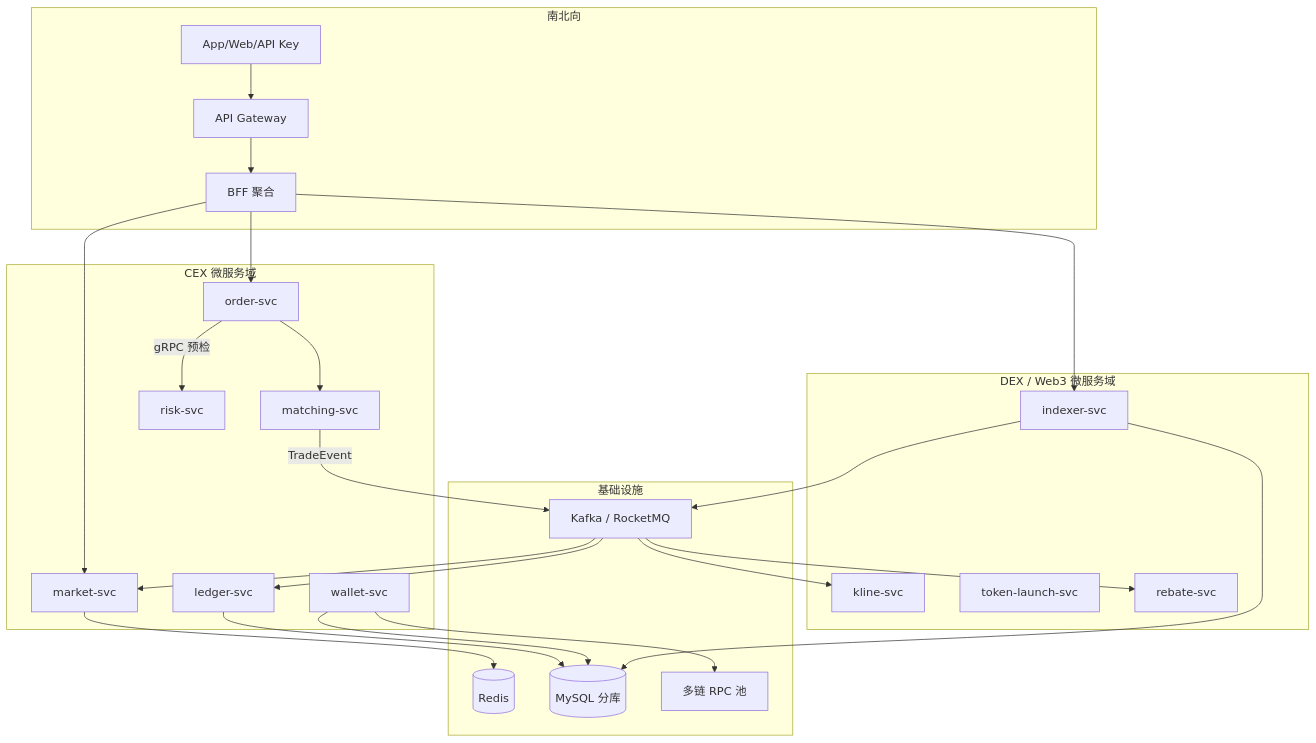
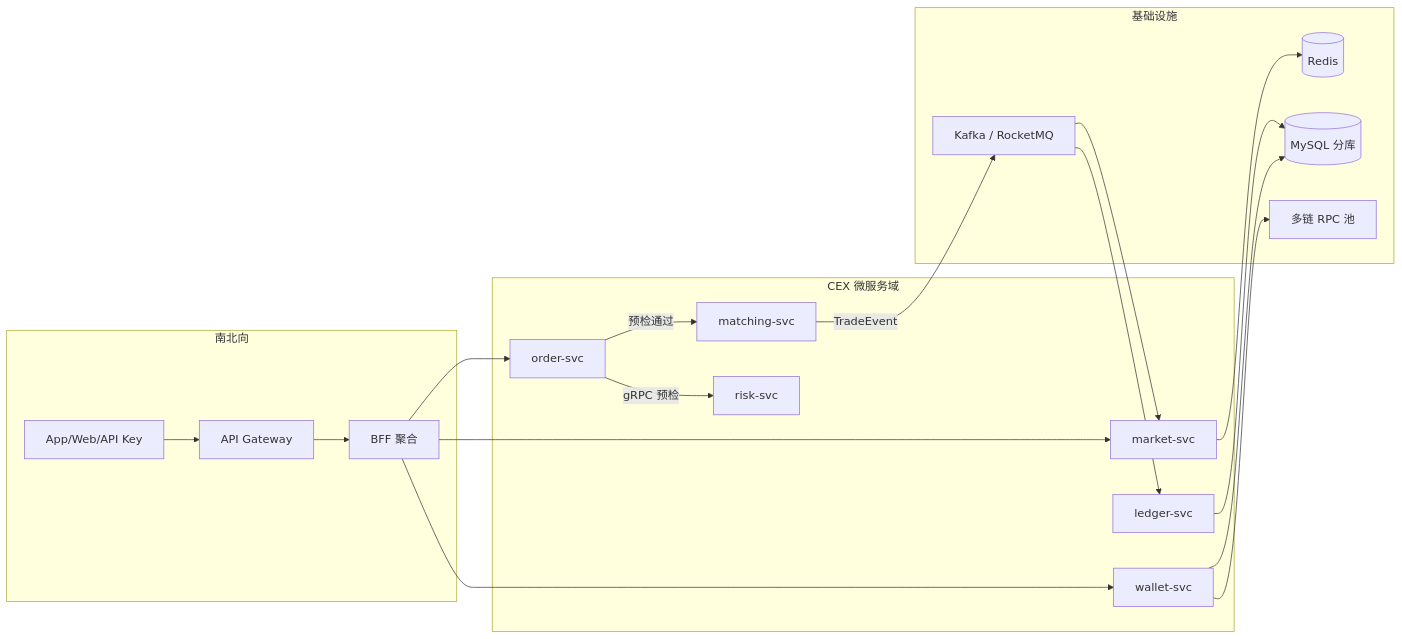
The first of 2 diagrams in docs/interview/15-microservices-exchange/S-MSVC-01-exchange-microservices-whiteboard.md (twodog-tt/Golang-development-manual), drawn with Mermaid before and after one commit. The commit also changed other lines of this file and 15 other files, not shown here.

Commit message:
feat: add interactive Mermaid viewer

````diff
--- a/docs/interview/15-microservices-exchange/S-MSVC-01-exchange-microservices-whiteboard.md
+++ b/docs/interview/15-microservices-exchange/S-MSVC-01-exchange-microservices-whiteboard.md
@@ -36,45 +38,35 @@
 ```mermaid
-flowchart TB
+flowchart LR
   subgraph North[南北向]
     Client[App/Web/API Key]
     GW[API Gateway]
     BFF[BFF 聚合]
   end
   subgraph CEX[CEX 微服务域]
     OMS[order-svc]
     ME[matching-svc]
     Ledger[ledger-svc]
     Wallet[wallet-svc]
     Market[market-svc]
     Risk[risk-svc]
   end
-  subgraph DEX[DEX / Web3 微服务域]
-    Idx[indexer-svc]
-    Kline[kline-svc]
-    Launch[token-launch-svc]
-    Rebate[rebate-svc]
-  end
   subgraph Infra[基础设施]
     MQ[Kafka / RocketMQ]
     Redis[(Redis)]
     MySQL[(MySQL 分库)]
     RPC[多链 RPC 池]
   end
   Client --> GW --> BFF
   BFF --> OMS
   BFF --> Market
-  BFF --> Idx
+  BFF --> Wallet
   OMS -->|gRPC 预检| Risk
-  OMS --> ME
+  OMS -->|预检通过| ME
   ME -->|TradeEvent| MQ
   MQ --> Ledger
   MQ --> Market
   Wallet --> RPC
-  Idx --> MQ
-  MQ --> Kline
-  MQ --> Rebate
   Ledger --> MySQL
   Wallet --> MySQL
-  Idx --> MySQL
   Market --> Redis
 ```
````
